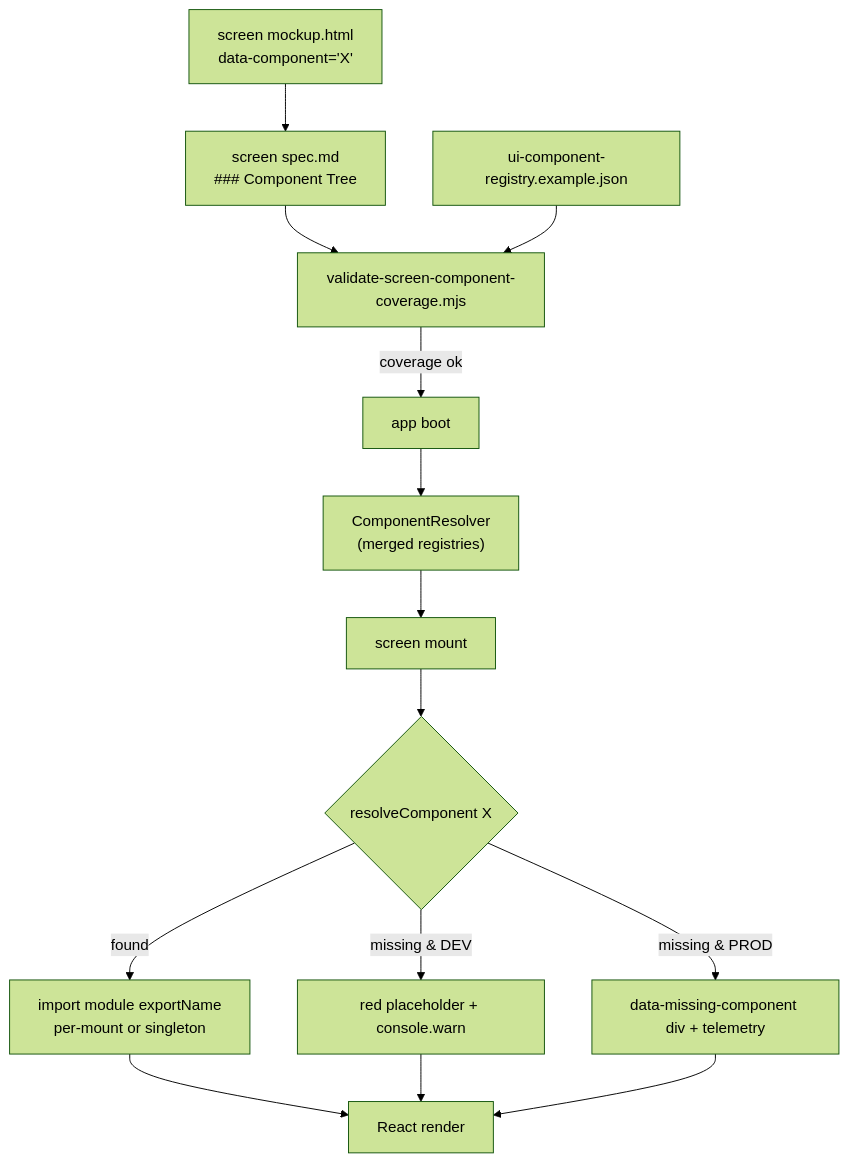
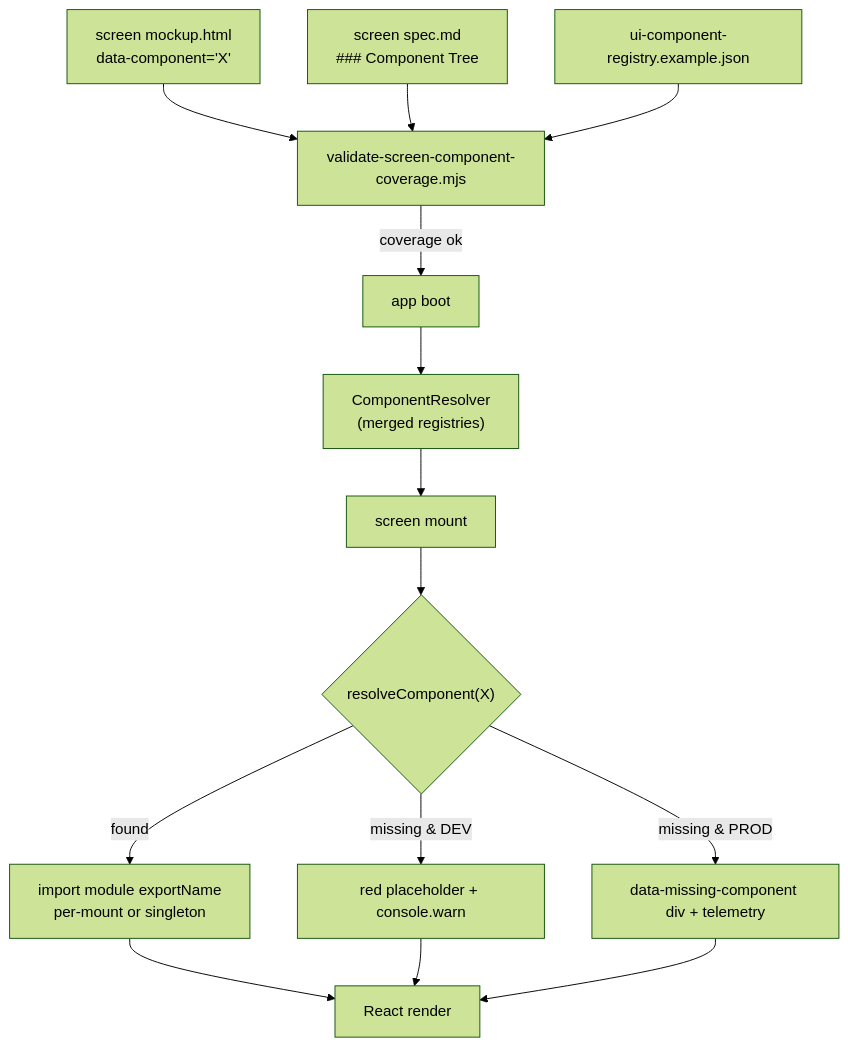
The diagram in docs/architecture/diagrams/27-component-resolution.md (SunaNoOshiro/Heroes_Reforged_AI_Realms), drawn with Mermaid (forest theme) before and after one commit. The commit also changed other lines of this file and 518 other files, not shown here.

First line of the commit message:
Add doc-audit skill and sweep architecture/screen docs

````diff
--- a/docs/architecture/diagrams/27-component-resolution.md
+++ b/docs/architecture/diagrams/27-component-resolution.md
@@ -13,17 +16,17 @@
 ```mermaid
 flowchart TD
-    Mockup["screen mockup.html<br/>data-component='X'"] --> Spec
+    Mockup["screen mockup.html<br/>data-component='X'"] --> Validator
     Spec["screen spec.md<br/>### Component Tree"] --> Validator
     Registry["ui-component-registry.example.json"] --> Validator
     Validator["validate-screen-component-coverage.mjs"]
     Validator -- coverage ok --> Boot
     Boot["app boot"] --> Resolver["ComponentResolver<br/>(merged registries)"]
     Resolver --> Mount["screen mount"]
-    Mount --> Resolve{resolveComponent X}
+    Mount --> Resolve{"resolveComponent(X)"}
     Resolve -- found --> Ctor["import module exportName<br/>per-mount or singleton"]
-    Resolve -- missing & DEV --> RedBox["red placeholder + console.warn"]
-    Resolve -- missing & PROD --> Empty["data-missing-component div + telemetry"]
+    Resolve -- "missing &amp; DEV" --> RedBox["red placeholder + console.warn"]
+    Resolve -- "missing &amp; PROD" --> Empty["data-missing-component div + telemetry"]
     Ctor --> Render["React render"]
     RedBox --> Render
     Empty --> Render
 ```
````
